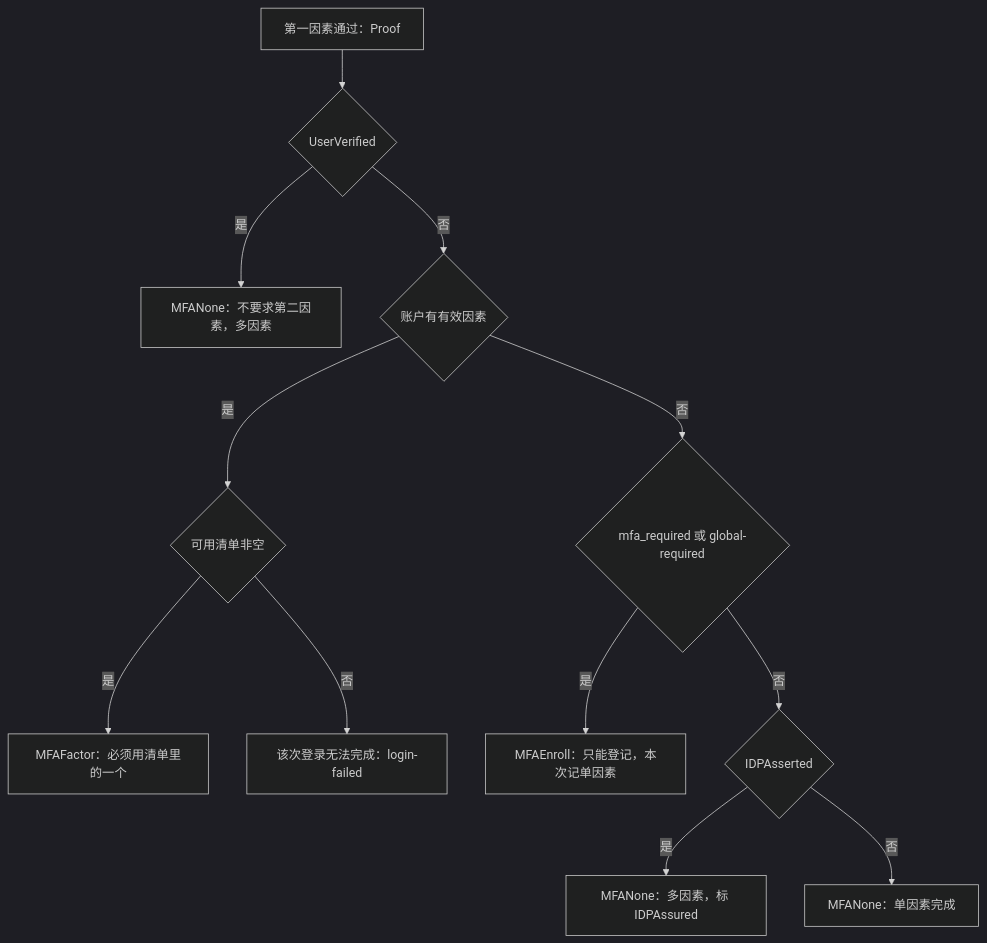
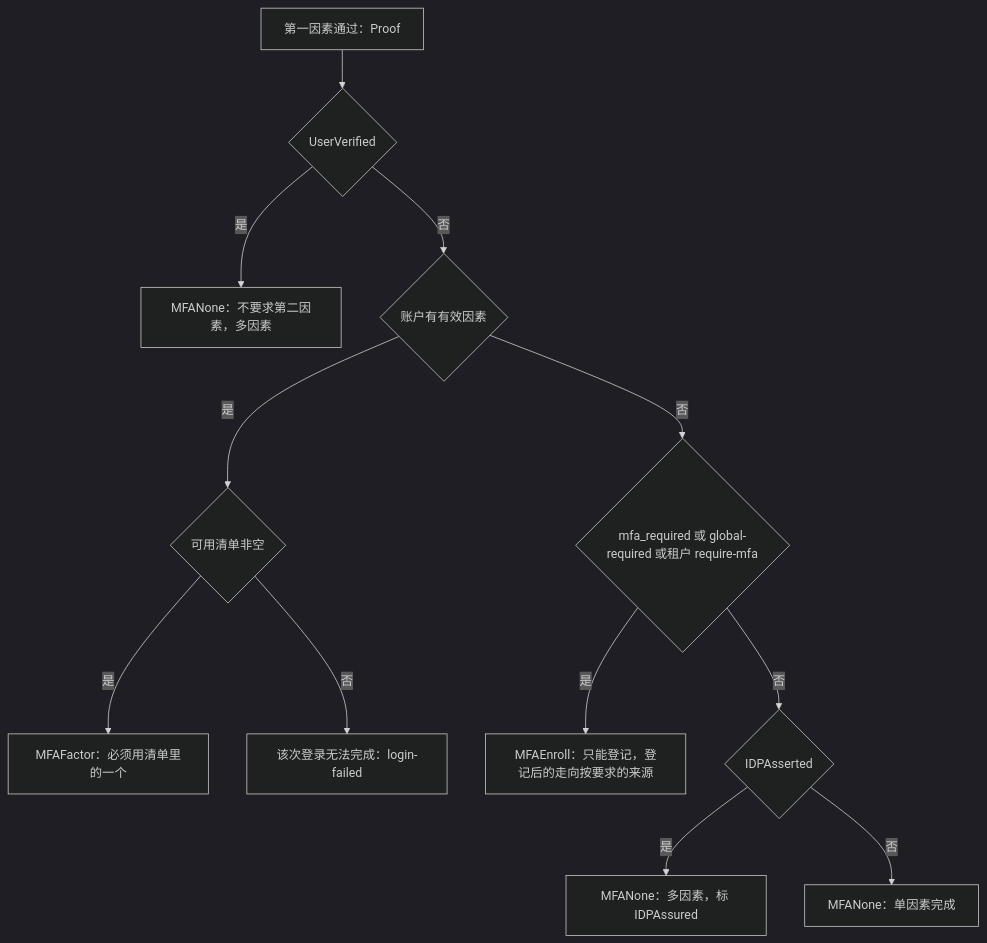
One commit to wangzw/speed changed the third of 4 diagrams in docs/design/modules/authn/design-authn-mfa.md. Above: the diagram before and after it, drawn with Mermaid (dark theme). The commit also changed other lines of this file and 51 other files, not shown here.

````diff
--- a/docs/design/modules/authn/design-authn-mfa.md
+++ b/docs/design/modules/authn/design-authn-mfa.md
@@ -297,14 +297,14 @@
 ```mermaid
 flowchart TD
     P["第一因素通过：Proof"] --> U{"UserVerified"}
     U -->|是| N1["MFANone：不要求第二因素，多因素"]
     U -->|否| A{"账户有有效因素"}
     A -->|是| F{"可用清单非空"}
     F -->|是| MF["MFAFactor：必须用清单里的一个"]
     F -->|否| X["该次登录无法完成：login-failed"]
-    A -->|否| R{"mfa_required 或 global-required"}
-    R -->|是| E["MFAEnroll：只能登记，本次记单因素"]
+    A -->|否| R{"mfa_required 或 global-required 或租户 require-mfa"}
+    R -->|是| E["MFAEnroll：只能登记，登记后的走向按要求的来源"]
     R -->|否| I{"IDPAsserted"}
     I -->|是| N2["MFANone：多因素，标 IDPAssured"]
     I -->|否| N3["MFANone：单因素完成"]
 ```
````
